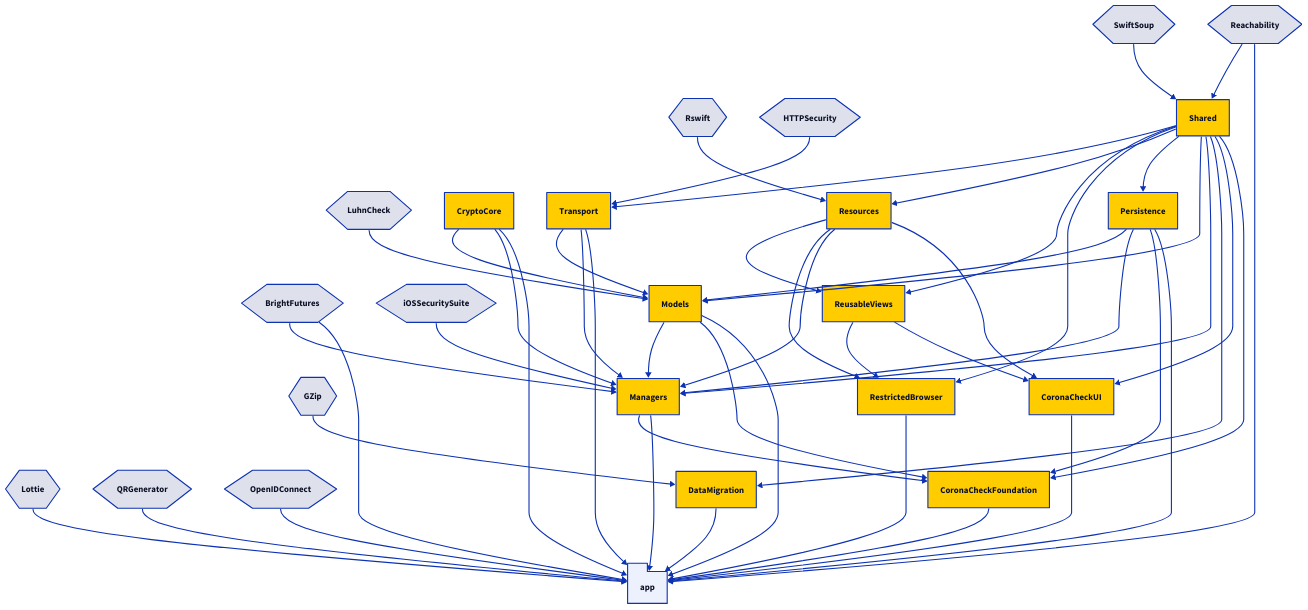
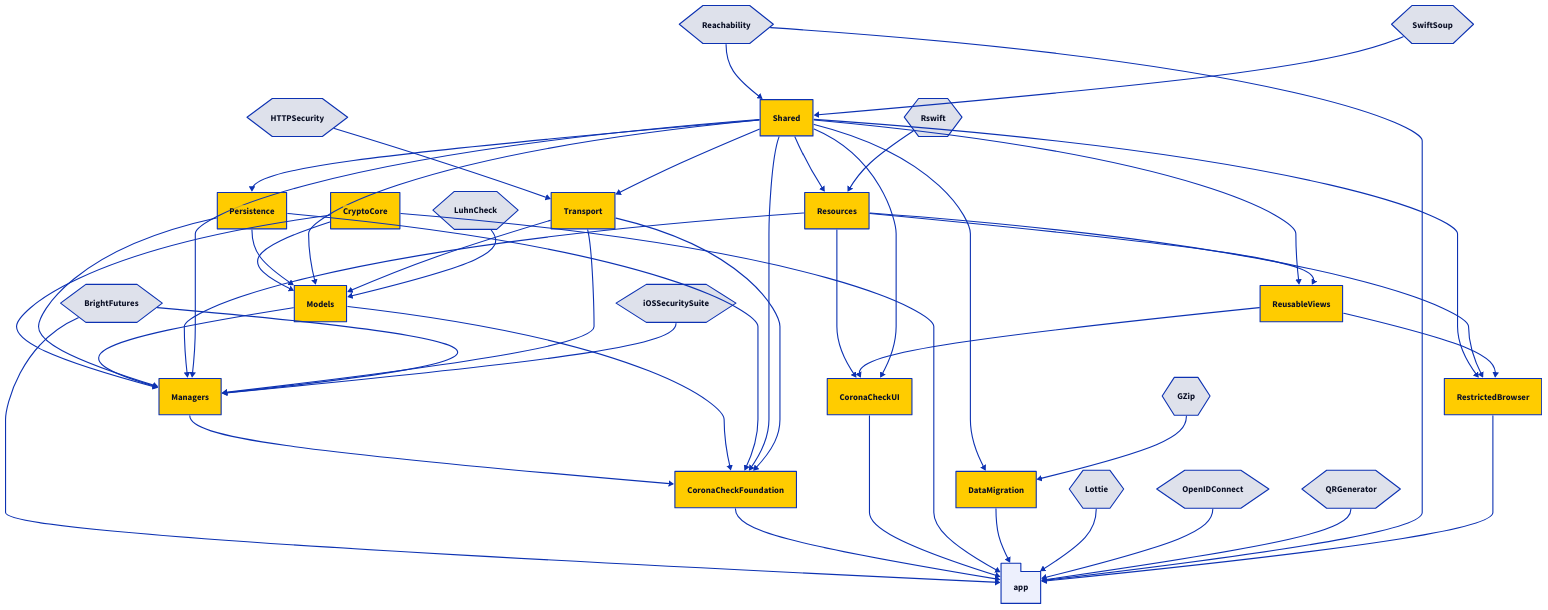
Before and after one commit to minvws/nl-covid19-coronacheck-app-ios: the diagram in Diagrams/packages-withouttests.d2, drawn with D2. The commit also changed 41 other files, not shown here.

Commit message:
Replace import Transport with import CoronaCheckFoundation

```diff
--- a/Diagrams/packages-withouttests.d2
+++ b/Diagrams/packages-withouttests.d2
@@ -1,117 +1,114 @@
 direction: down
 
 # Third-Party
 Rswift: {
   shape: hexagon
 }
 Reachability: {
   shape: hexagon
 }
 BrightFutures: {
   shape: hexagon
 }
 HTTPSecurity: {
   shape: hexagon
 }
 LuhnCheck: {
   shape: hexagon
 }
 iOSSecuritySuite: {
   shape: hexagon
 }
 Lottie: {
   shape: hexagon
 }
 QRGenerator: {
   shape: hexagon
 }
 OpenIDConnect: {
   shape: hexagon
 }
 SwiftSoup: {
   shape: hexagon
 }
 GZip: {
   shape: hexagon
 }
 
 # The application
 
 app: {
   shape: package
 }
 
 app <- BrightFutures
 app <- CoronaCheckFoundation
 app <- CoronaCheckUI
 app <- CryptoCore
 app <- DataMigration
 app <- Lottie
-app <- Managers
-app <- Models
 app <- OpenIDConnect
-app <- Persistence
 app <- QRGenerator
 app <- Reachability
 app <- RestrictedBrowser
-app <- Transport
 
 # - Packages - 
 
 CoronaCheckFoundation { style.fill: "#ffcc00" }
 CoronaCheckFoundation <- Managers
 CoronaCheckFoundation <- Models
 CoronaCheckFoundation <- Persistence
 CoronaCheckFoundation <- Shared
+CoronaCheckFoundation <- Transport
 
 CoronaCheckUI { style.fill: "#ffcc00" }
 CoronaCheckUI <- Resources
 CoronaCheckUI <- ReusableViews
 CoronaCheckUI <- Shared
 
 CryptoCore { style.fill: "#ffcc00" }
 
 DataMigration { style.fill: "#ffcc00" }
 DataMigration <- Shared
 DataMigration <- GZip
 
 Managers { style.fill: "#ffcc00" }
 Managers <- CryptoCore
 Managers <- Models
 Managers <- Persistence
 Managers <- Resources
 Managers <- Shared
 Managers <- Transport
 Managers <- BrightFutures
 Managers <- iOSSecuritySuite
 
 Models { style.fill: "#ffcc00" }
 Models <- CryptoCore
 Models <- Persistence
 Models <- Shared
 Models <- Transport
 Models <- LuhnCheck
 
 Persistence { style.fill: "#ffcc00" }
 Persistence <- Shared
 
 Resources { style.fill: "#ffcc00" }
 Resources <- Shared
 Resources <- Rswift
 
 RestrictedBrowser { style.fill: "#ffcc00" }
 RestrictedBrowser <- Shared
 RestrictedBrowser <- Resources
 RestrictedBrowser <- ReusableViews
 
 ReusableViews { style.fill: "#ffcc00" }
 ReusableViews <- Shared
 ReusableViews <- Resources
 
 Shared { style.fill: "#ffcc00" }
 Shared <- Reachability
 Shared <- SwiftSoup
 
 Transport { style.fill: "#ffcc00" }
 Transport <- HTTPSecurity
 Transport <- Shared
```
